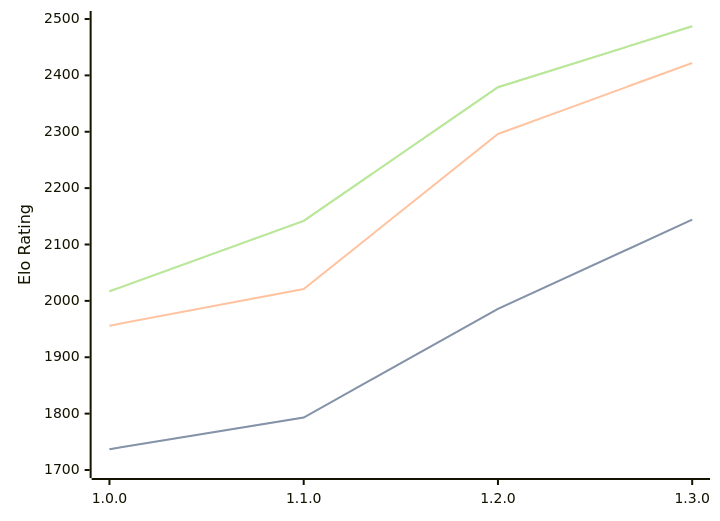
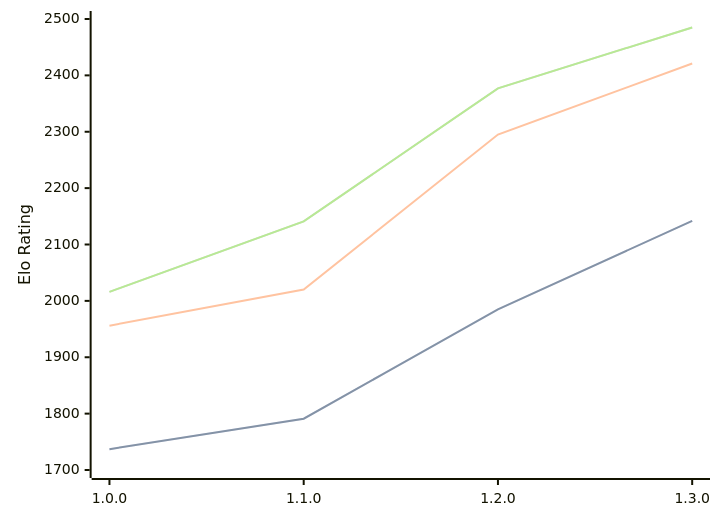
One commit to computer-chess-index/cci changed the diagram in engines/Anodos.md. Above: the diagram before and after it, drawn with Mermaid. The commit also changed other lines of this file, not shown here.

Commit message:
Update CCI Ratings (ELO VLTC) - 2026-08-04

````diff
--- a/engines/Anodos.md
+++ b/engines/Anodos.md
@@ -45,11 +45,11 @@
 ```mermaid
 %%{init: {"theme":"base","themeVariables":{"seriesColors:['#a3a3a3','#222221','#faa371']}}}%%
 xychart-beta
   x-axis ["1.0.0", "1.1.0", "1.2.0", "1.3.0"]
   y-axis "Elo Rating" 1700 --> 2500
-  line "STC (8.0+0.08s)" [1737, 1793, 1986, 2144]
-  line "STC (8.0+0.08s)" [1737, 1793, 1986, 2144]
-  line "LTC (60.0+0.60s)" [1956, 2021, 2296, 2422]
-  line "VLTC (2m24s+1.12s)" [2017, 2142, 2379, 2487]
-  line "VLTC (2m24s+1.12s)" [2017, 2142, 2379, 2487]
+  line "STC (8.0+0.08s)" [1737, 1791, 1985, 2142]
+  line "STC (8.0+0.08s)" [1737, 1791, 1985, 2142]
+  line "LTC (60.0+0.60s)" [1956, 2020, 2295, 2421]
+  line "VLTC (2m24s+1.12s)" [2016, 2141, 2377, 2485]
+  line "VLTC (2m24s+1.12s)" [2016, 2141, 2377, 2485]
 ```
````
